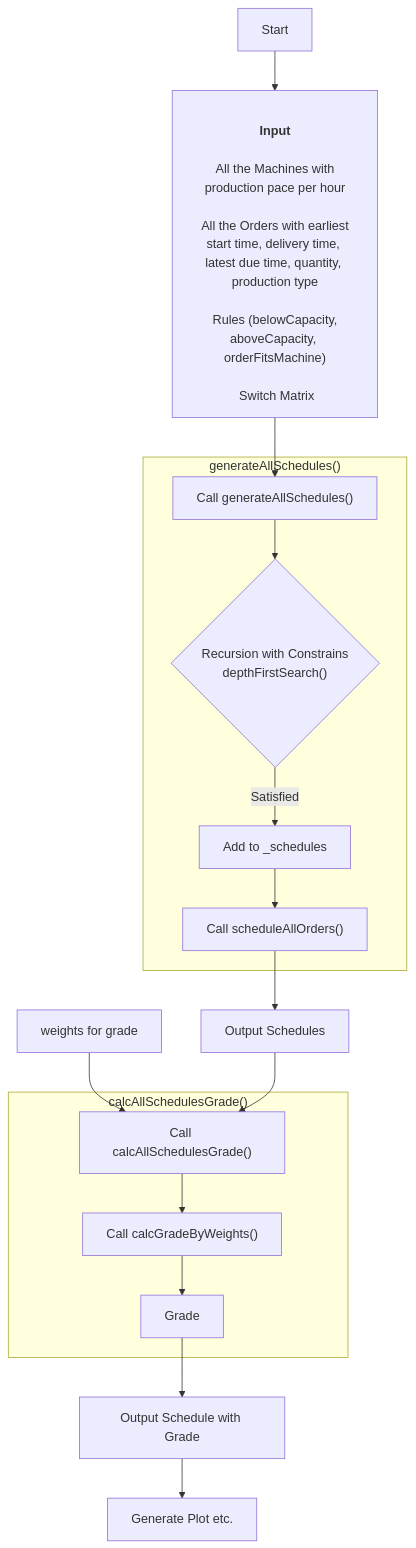
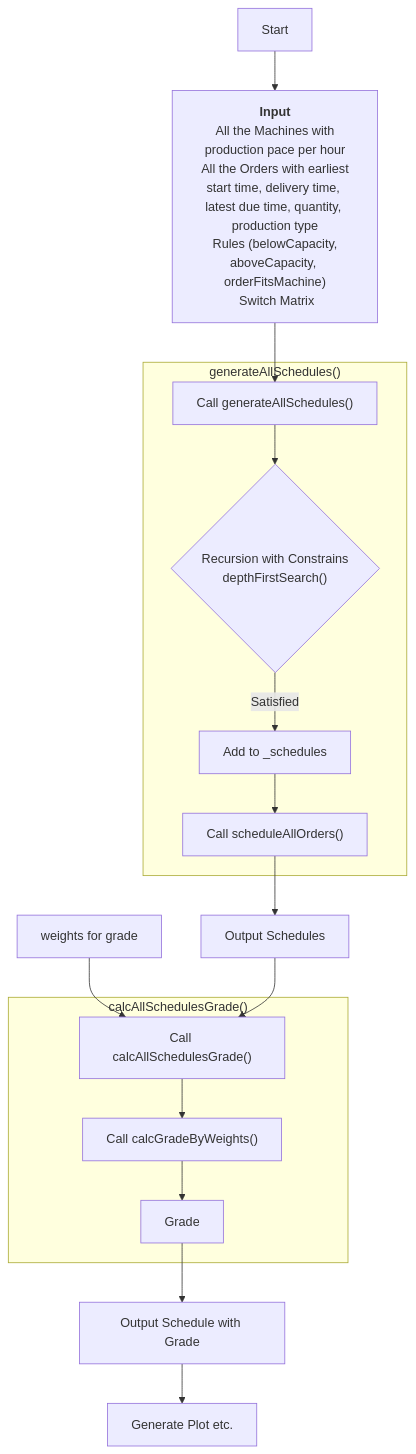
One commit to RPIFisherman/APS-app changed the second of 2 diagrams in README.md. Above: the diagram before and after it, drawn with Mermaid. The commit also changed 1 other file, not shown here.

Commit message:
edit notes

````diff
--- a/README.md
+++ b/README.md
@@ -146,25 +146,21 @@
 ```mermaid
 graph TD
-    A[Start] --> init["<br><strong>Input</strong>
-      <br> All the Machines with production pace per hour
-<br> All the Orders with earliest start time, delivery time, <br>latest due time, quantity, production type
-<br> Rules (belowCapacity, aboveCapacity, orderFitsMachine)
-<br> Switch Matrix"]
+    A[Start] --> init["<strong>Input</strong><br> All the Machines with production pace per hour<br> All the Orders with earliest start time, delivery time, <br>latest due time, quantity, production type<br> Rules (belowCapacity, aboveCapacity, orderFitsMachine)<br> Switch Matrix"]
 
 init --> generateAllSchedules["Call generateAllSchedules()"]
 subgraph "generateAllSchedules()"
 generateAllSchedules --> depthFirstSearch{"Recursion with Constrains<br>depthFirstSearch()"}
 depthFirstSearch -->|Satisfied|C[Add to _schedules]
 %%depthFirstSearch -->|Unsatisfied|depthFirstSearch
 C --> D["Call scheduleAllOrders()"]
 end
 D --> E[Output Schedules]
 F[weights for grade] --> calcAllSchedulesGrade
 E --> calcAllSchedulesGrade["Call calcAllSchedulesGrade()"]
 subgraph "calcAllSchedulesGrade()"
 calcAllSchedulesGrade --> calcGradeByWeights["Call calcGradeByWeights()"]
 calcGradeByWeights --> Grade[Grade]
 end
 Grade --> G[Output Schedule with Grade]
 G --> H[Generate Plot etc.]
 ```
````
